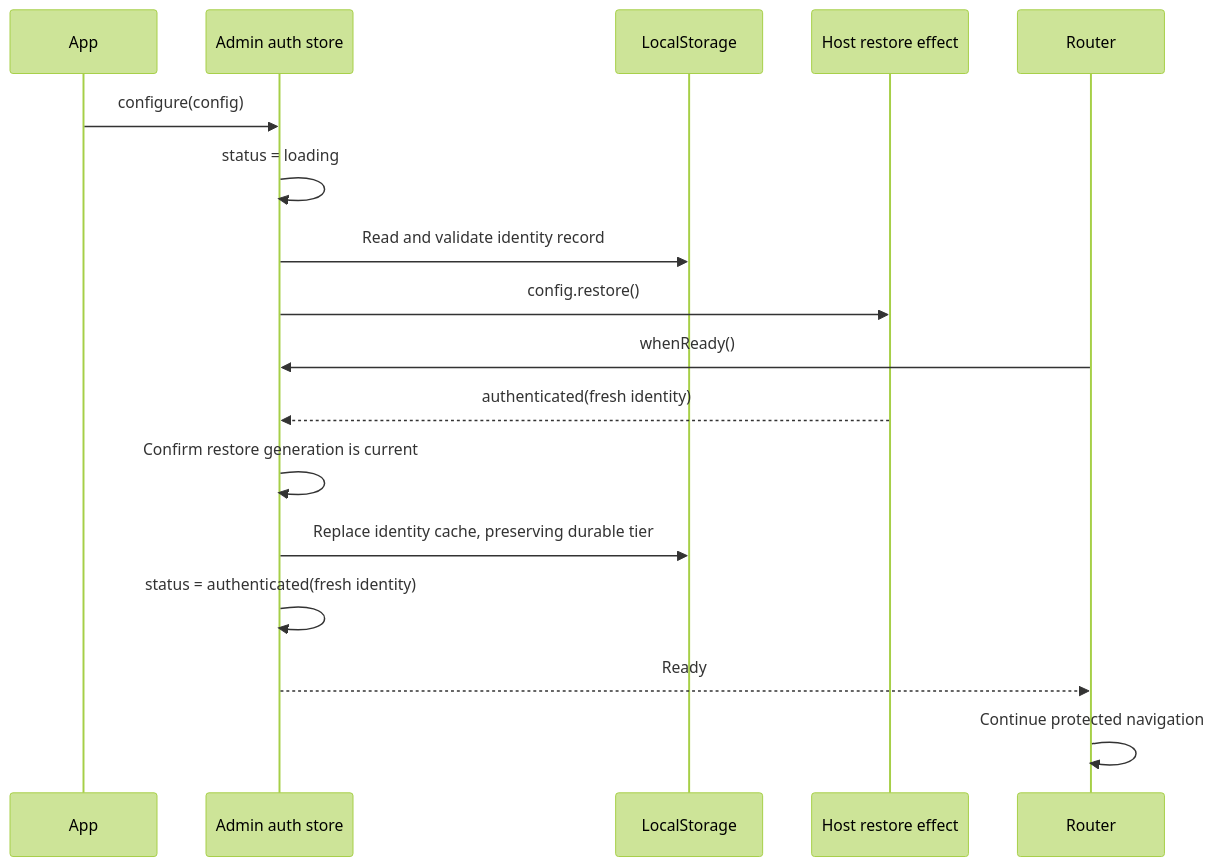
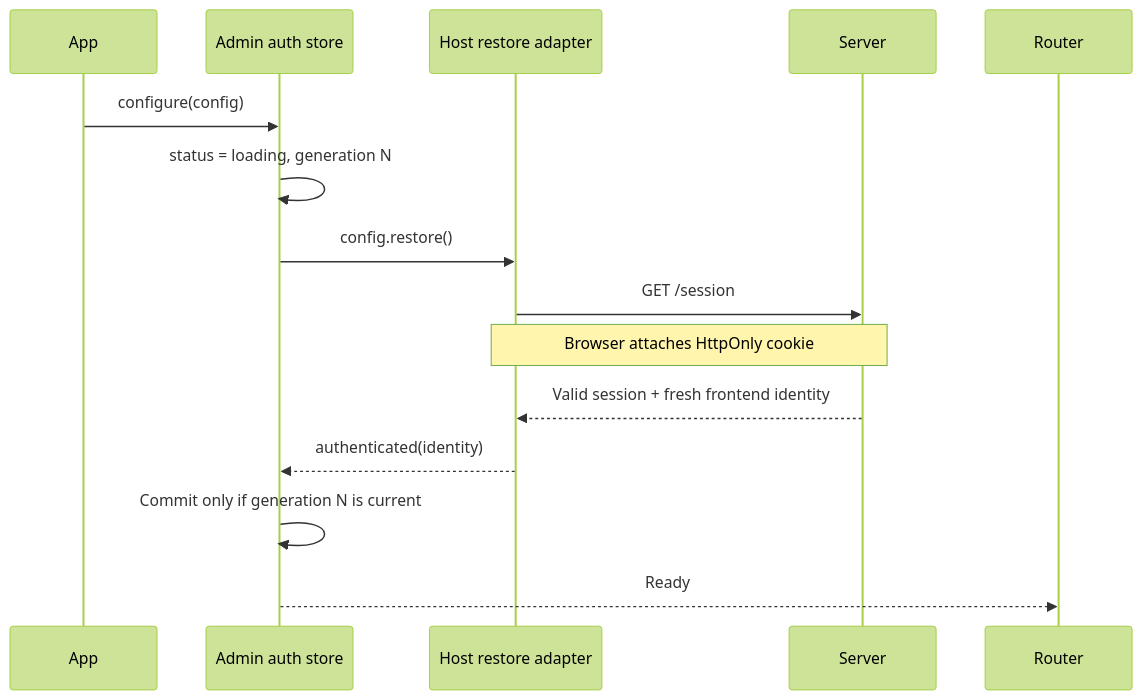
The fifth of 19 diagrams in docs/admin-auth-restoration-data-flows.md (hechang27-sprt/noob-components-v2), drawn with Mermaid (forest theme) before and after one commit. The commit also changed other lines of this file and 15 other files, not shown here.

````diff
--- a/docs/admin-auth-restoration-data-flows.md
+++ b/docs/admin-auth-restoration-data-flows.md
@@ -155,20 +161,18 @@
 ```mermaid
 sequenceDiagram
     participant App
     participant Auth as Admin auth store
-    participant LS as LocalStorage
-    participant Host as Host restore effect
+    participant Host as Host restore adapter
+    participant Server
     participant Router
 
     App->>Auth: configure(config)
-    Auth->>Auth: status = loading
-    Auth->>LS: Read and validate identity record
+    Auth->>Auth: status = loading, generation N
     Auth->>Host: config.restore()
-    Router->>Auth: whenReady()
-    Host-->>Auth: authenticated(fresh identity)
-    Auth->>Auth: Confirm restore generation is current
-    Auth->>LS: Replace identity cache, preserving durable tier
-    Auth->>Auth: status = authenticated(fresh identity)
+    Host->>Server: GET /session
+    Note over Host,Server: Browser attaches HttpOnly cookie
+    Server-->>Host: Valid session + fresh frontend identity
+    Host-->>Auth: authenticated(identity)
+    Auth->>Auth: Commit only if generation N is current
     Auth-->>Router: Ready
-    Router->>Router: Continue protected navigation
 ```
````
